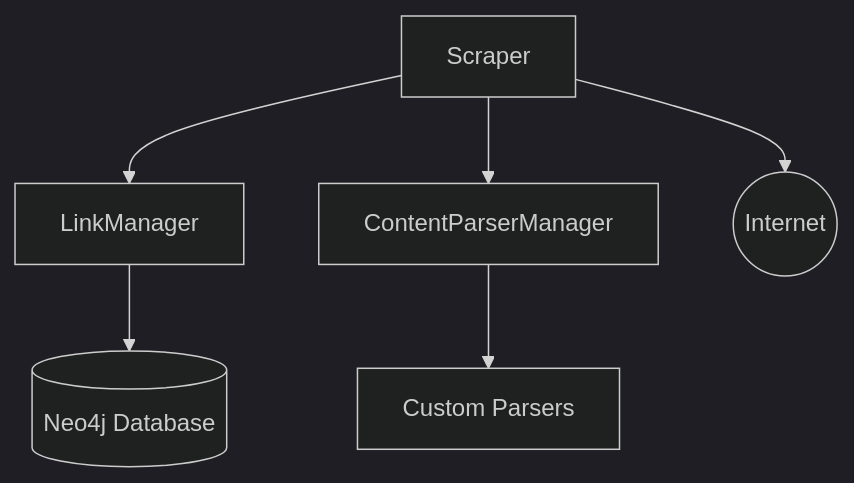
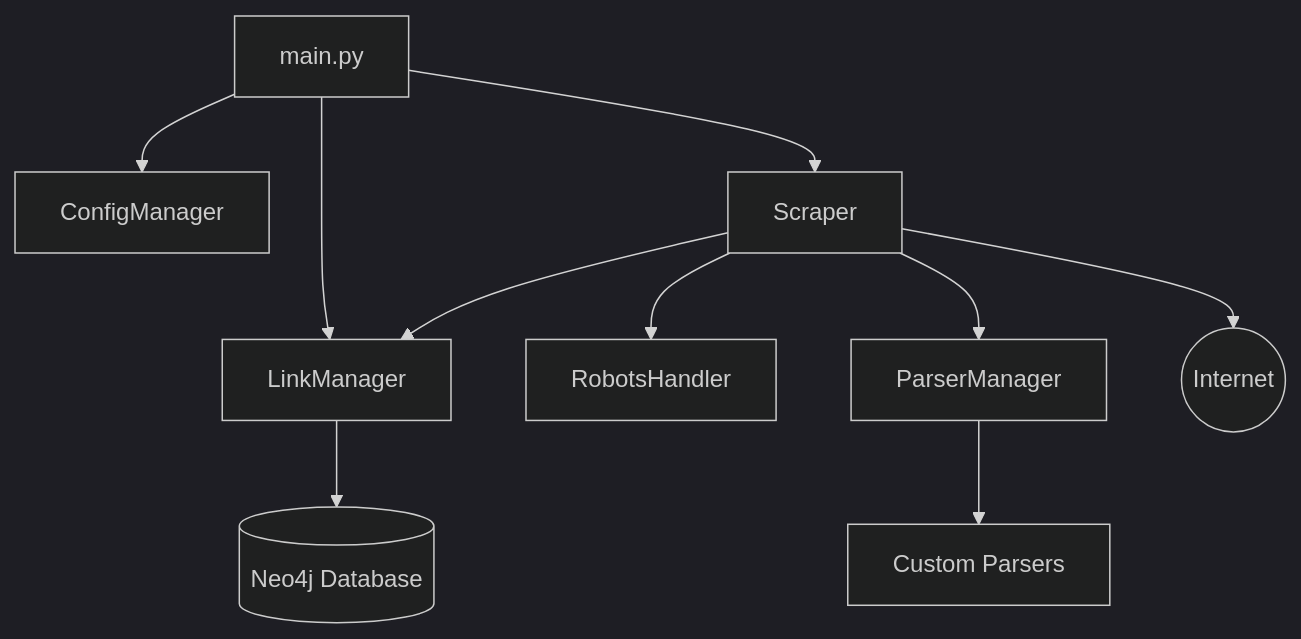
Before and after one commit to karan9123/webCrawler: the first of 2 diagrams in readme.md, drawn with Mermaid (dark theme). The commit also changed other lines of this file and 15 other files, not shown here.

````diff
--- a/readme.md
+++ b/readme.md
@@ -38,14 +39,22 @@
 ```mermaid
 graph TB
-    AS[Scraper]
-    ELM[LinkManager]
-    CPM[ContentParserManager]
+    Main[main.py]
+    CM[ConfigManager]
+    S[Scraper]
+    LM[LinkManager]
+    RH[RobotsHandler]
+    PM[ParserManager]
     Neo4j[(Neo4j Database)]
     Web((Internet))
+    CP[Custom Parsers]
 
-    AS --> Web
-    AS --> ELM
-    AS --> CPM
-    ELM --> Neo4j
-    CPM --> Parsers[Custom Parsers]
+    Main --> CM
+    Main --> S
+    Main --> LM
+    S --> Web
+    S --> LM
+    S --> RH
+    S --> PM
+    LM --> Neo4j
+    PM --> CP
 ```
````
